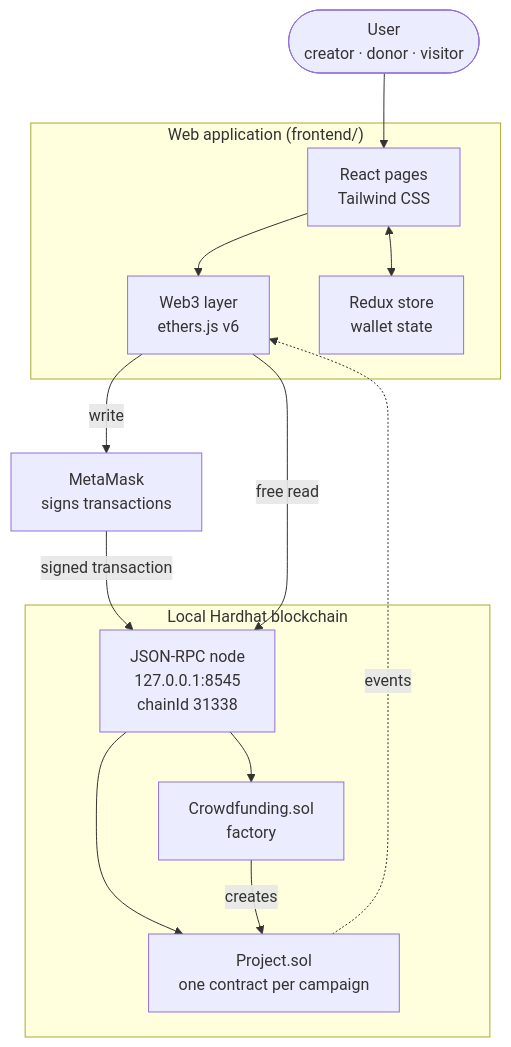
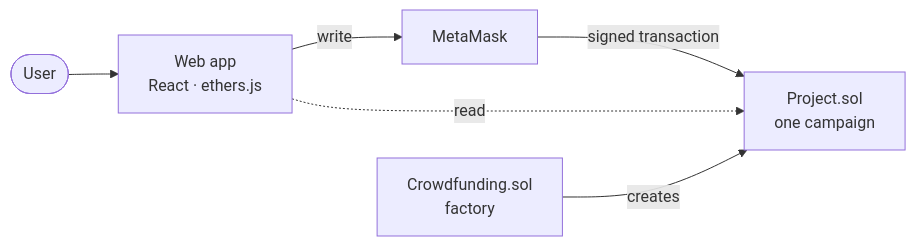
One commit to Chaksterr/Crowdfunding-blockchain changed the first of 2 diagrams in README.en.md. Above: the diagram before and after it, drawn with Mermaid. The commit also changed other lines of this file and 13 other files, not shown here.

````diff
--- a/README.en.md
+++ b/README.en.md
@@ -43,29 +90,8 @@
 ```mermaid
-flowchart TB
-    U(["User<br/>creator · donor · visitor"])
-
-    subgraph WEB["Web application (frontend/)"]
-        UI["React pages<br/>Tailwind CSS"]
-        W3["Web3 layer<br/>ethers.js v6"]
-        ST["Redux store<br/>wallet state"]
-    end
-
-    MM["MetaMask<br/>signs transactions"]
-
-    subgraph CHAIN["Local Hardhat blockchain"]
-        RPC["JSON-RPC node<br/>127.0.0.1:8545<br/>chainId 31338"]
-        F["Crowdfunding.sol<br/>factory"]
-        P["Project.sol<br/>one contract per campaign"]
-    end
-
-    U --> UI
-    UI --> W3
-    UI <--> ST
-    W3 -- "write" --> MM
-    MM -- "signed transaction" --> RPC
-    W3 -- "free read" --> RPC
-    RPC --> F
-    RPC --> P
-    F -- "creates" --> P
-    P -. "events" .-> W3
+flowchart LR
+    U(["User"]) --> UI["Web app<br/>React · ethers.js"]
+    UI -- "write" --> MM["MetaMask"]
+    MM -- "signed transaction" --> P
+    UI -. "read" .-> P
+    F["Crowdfunding.sol<br/>factory"] -- "creates" --> P["Project.sol<br/>one campaign"]
 ```
````
